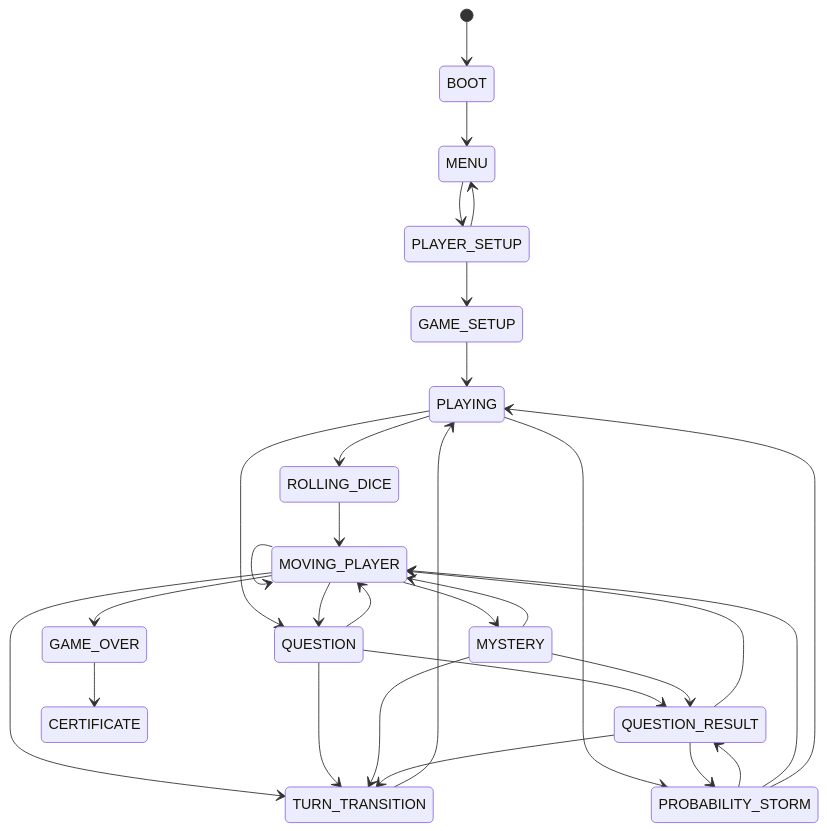
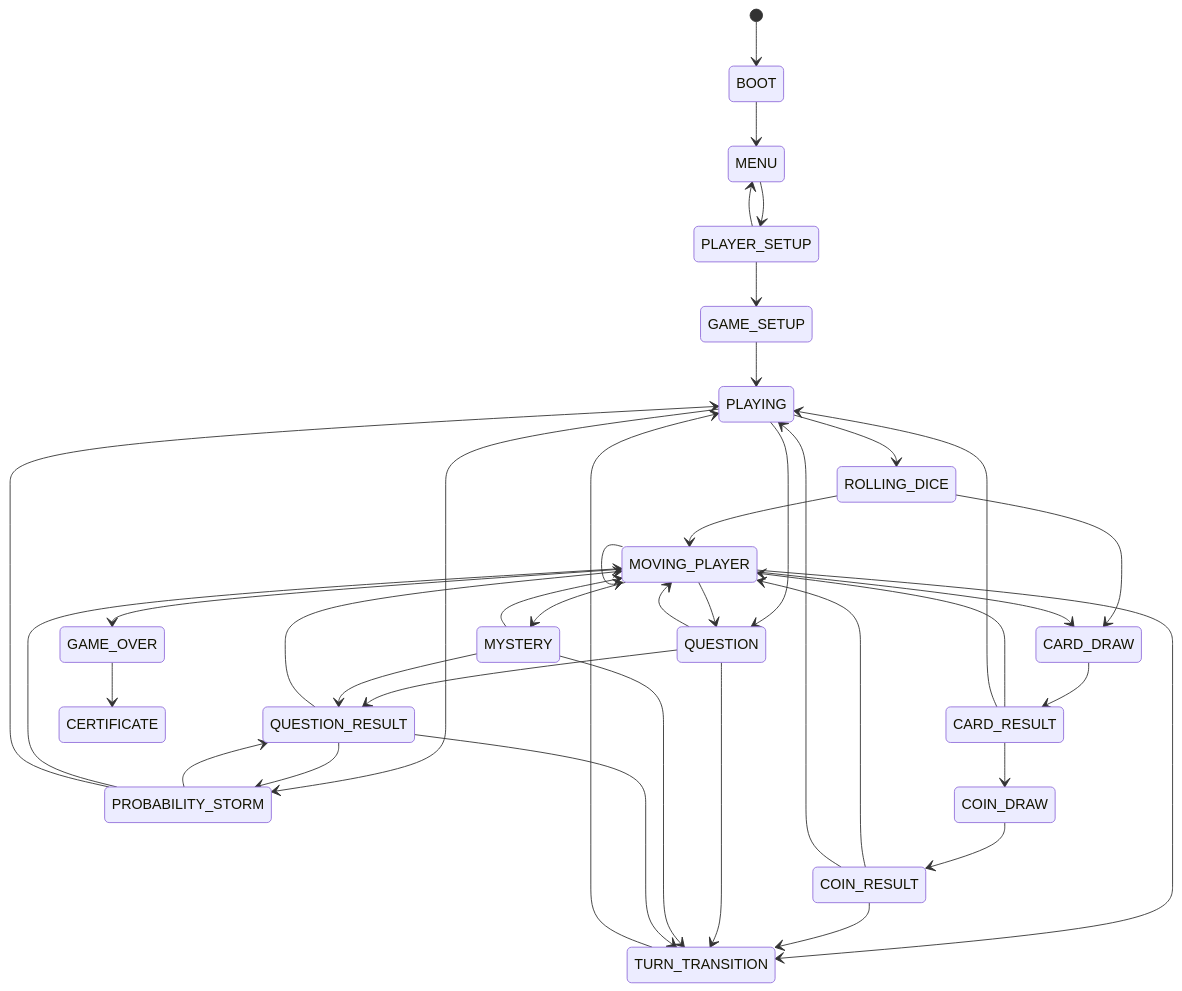
The diagram in ARCHITECTURE.md (icanxPrograming/Snake-And-Ladders-FSM-State), drawn with Mermaid before and after one commit. The commit also changed other lines of this file and 23 other files, not shown here.

````diff
--- a/ARCHITECTURE.md
+++ b/ARCHITECTURE.md
@@ -55,32 +64,42 @@
 ```mermaid
 stateDiagram-v2
   [*] --> BOOT
   BOOT --> MENU
   MENU --> PLAYER_SETUP
   PLAYER_SETUP --> MENU
   PLAYER_SETUP --> GAME_SETUP
   GAME_SETUP --> PLAYING
   PLAYING --> ROLLING_DICE
   PLAYING --> QUESTION
   PLAYING --> PROBABILITY_STORM
   ROLLING_DICE --> MOVING_PLAYER
+  ROLLING_DICE --> CARD_DRAW
   MOVING_PLAYER --> MOVING_PLAYER
+  MOVING_PLAYER --> CARD_DRAW
   MOVING_PLAYER --> QUESTION
   MOVING_PLAYER --> MYSTERY
   MOVING_PLAYER --> TURN_TRANSITION
   MOVING_PLAYER --> GAME_OVER
+  CARD_DRAW --> CARD_RESULT
+  CARD_RESULT --> COIN_DRAW
+  CARD_RESULT --> MOVING_PLAYER
+  CARD_RESULT --> PLAYING
+  COIN_DRAW --> COIN_RESULT
+  COIN_RESULT --> MOVING_PLAYER
+  COIN_RESULT --> TURN_TRANSITION
+  COIN_RESULT --> PLAYING
   QUESTION --> QUESTION_RESULT
   QUESTION --> MOVING_PLAYER
   QUESTION --> TURN_TRANSITION
   MYSTERY --> QUESTION_RESULT
   MYSTERY --> MOVING_PLAYER
   MYSTERY --> TURN_TRANSITION
   QUESTION_RESULT --> MOVING_PLAYER
   QUESTION_RESULT --> TURN_TRANSITION
   QUESTION_RESULT --> PROBABILITY_STORM
   PROBABILITY_STORM --> QUESTION_RESULT
   PROBABILITY_STORM --> MOVING_PLAYER
   PROBABILITY_STORM --> PLAYING
   TURN_TRANSITION --> PLAYING
   GAME_OVER --> CERTIFICATE
 ```
````
